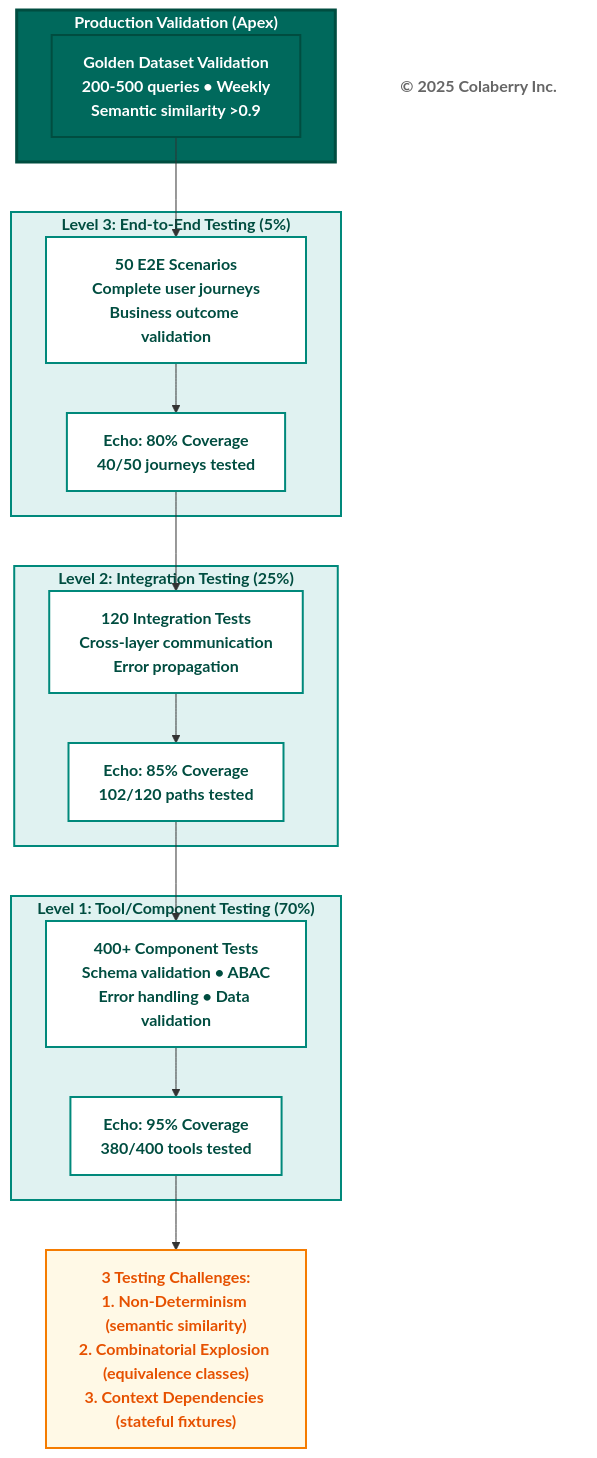
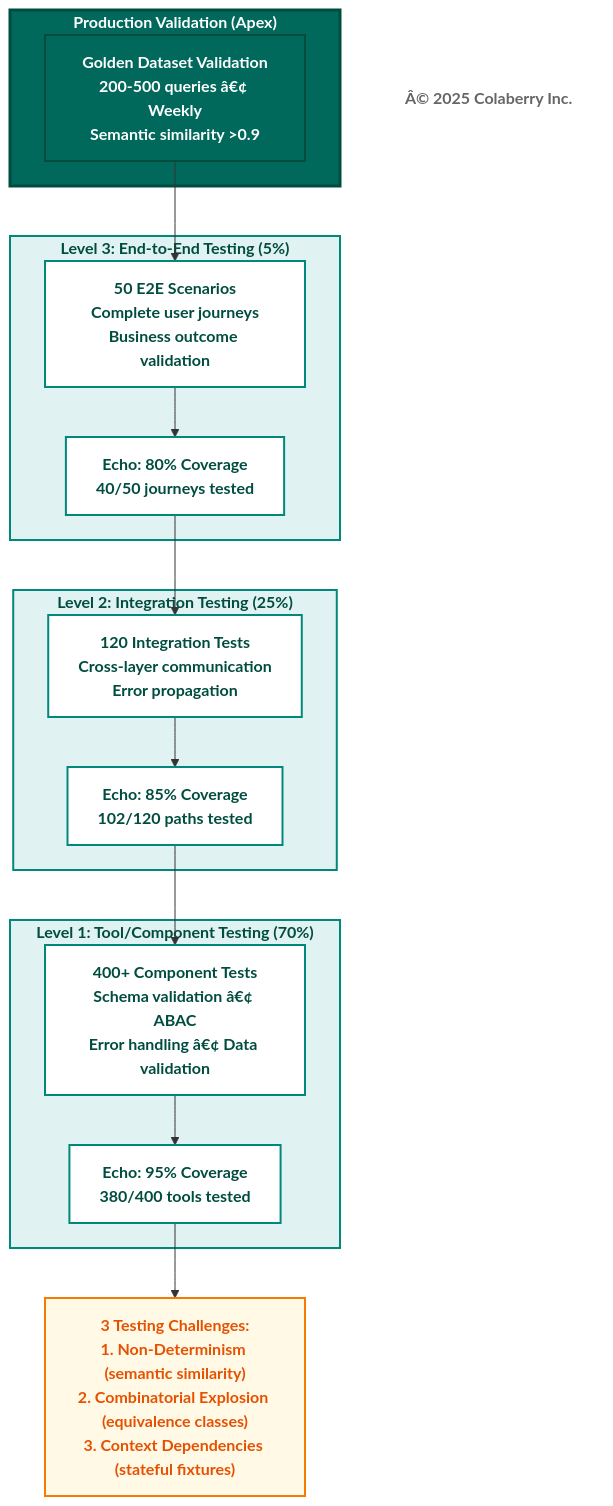
Before and after one commit to colaberry/enterprise-data-readiness-ai-agents: diagram 13 of 18 in chapter-01/chapter_1_complete.md, drawn with Mermaid. The commit also changed other lines of this file and 24 other files, not shown here.

````diff
--- a/chapter-01/chapter_1_complete.md
+++ b/chapter-01/chapter_1_complete.md
@@ -1944,52 +1953,52 @@
 ```mermaid
 graph TB
     subgraph APEX["<b>Production Validation (Apex)</b>"]
-        PROD["<b>Golden Dataset Validation</b><br/><b>200-500 queries • Weekly</b><br/><b>Semantic similarity >0.9</b>"]
+        PROD["<b>Golden Dataset Validation</b><br/><b>200-500 queries â€¢ Weekly</b><br/><b>Semantic similarity >0.9</b>"]
     end
     
     subgraph E2E["<b>Level 3: End-to-End Testing (5%)</b>"]
         E2E1["<b>50 E2E Scenarios</b><br/><b>Complete user journeys</b><br/><b>Business outcome validation</b>"]
         E2E2["<b>Echo: 80% Coverage</b><br/><b>40/50 journeys tested</b>"]
     end
     
     subgraph INTEGRATION["<b>Level 2: Integration Testing (25%)</b>"]
         INT1["<b>120 Integration Tests</b><br/><b>Cross-layer communication</b><br/><b>Error propagation</b>"]
         INT2["<b>Echo: 85% Coverage</b><br/><b>102/120 paths tested</b>"]
     end
     
     subgraph UNIT["<b>Level 1: Tool/Component Testing (70%)</b>"]
-        UNIT1["<b>400+ Component Tests</b><br/><b>Schema validation • ABAC</b><br/><b>Error handling • Data validation</b>"]
+        UNIT1["<b>400+ Component Tests</b><br/><b>Schema validation â€¢ ABAC</b><br/><b>Error handling â€¢ Data validation</b>"]
         UNIT2["<b>Echo: 95% Coverage</b><br/><b>380/400 tools tested</b>"]
     end
     
     PROD --> E2E1
     E2E1 --> E2E2
     E2E2 --> INT1
     INT1 --> INT2
     INT2 --> UNIT1
     UNIT1 --> UNIT2
     
     CHALLENGE["<b>3 Testing Challenges:</b><br/><b>1. Non-Determinism (semantic similarity)</b><br/><b>2. Combinatorial Explosion (equivalence classes)</b><br/><b>3. Context Dependencies (stateful fixtures)</b>"]
     
     UNIT2 --> CHALLENGE
     
     style APEX fill:#00695c,color:#ffffff,stroke:#004d40,stroke-width:3px
     style PROD fill:#00695c,color:#ffffff,stroke:#004d40,stroke-width:2px
     
     style E2E fill:#e0f2f1,stroke:#00897b,stroke-width:2px,color:#004d40
     style E2E1 fill:#ffffff,stroke:#00897b,stroke-width:2px,color:#004d40
     style E2E2 fill:#ffffff,stroke:#00897b,stroke-width:2px,color:#004d40
     
     style INTEGRATION fill:#e0f2f1,stroke:#00897b,stroke-width:2px,color:#004d40
     style INT1 fill:#ffffff,stroke:#00897b,stroke-width:2px,color:#004d40
     style INT2 fill:#ffffff,stroke:#00897b,stroke-width:2px,color:#004d40
     
     style UNIT fill:#e0f2f1,stroke:#00897b,stroke-width:2px,color:#004d40
     style UNIT1 fill:#ffffff,stroke:#00897b,stroke-width:2px,color:#004d40
     style UNIT2 fill:#ffffff,stroke:#00897b,stroke-width:2px,color:#004d40
     
     style CHALLENGE fill:#fff9e6,stroke:#f57c00,stroke-width:2px,color:#e65100
     
-    Copyright["<b>© 2025 Colaberry Inc.</b>"]
+    Copyright["<b>Â© 2025 Colaberry Inc.</b>"]
     style Copyright fill:#ffffff,stroke:none,color:#666666
 ```
````
